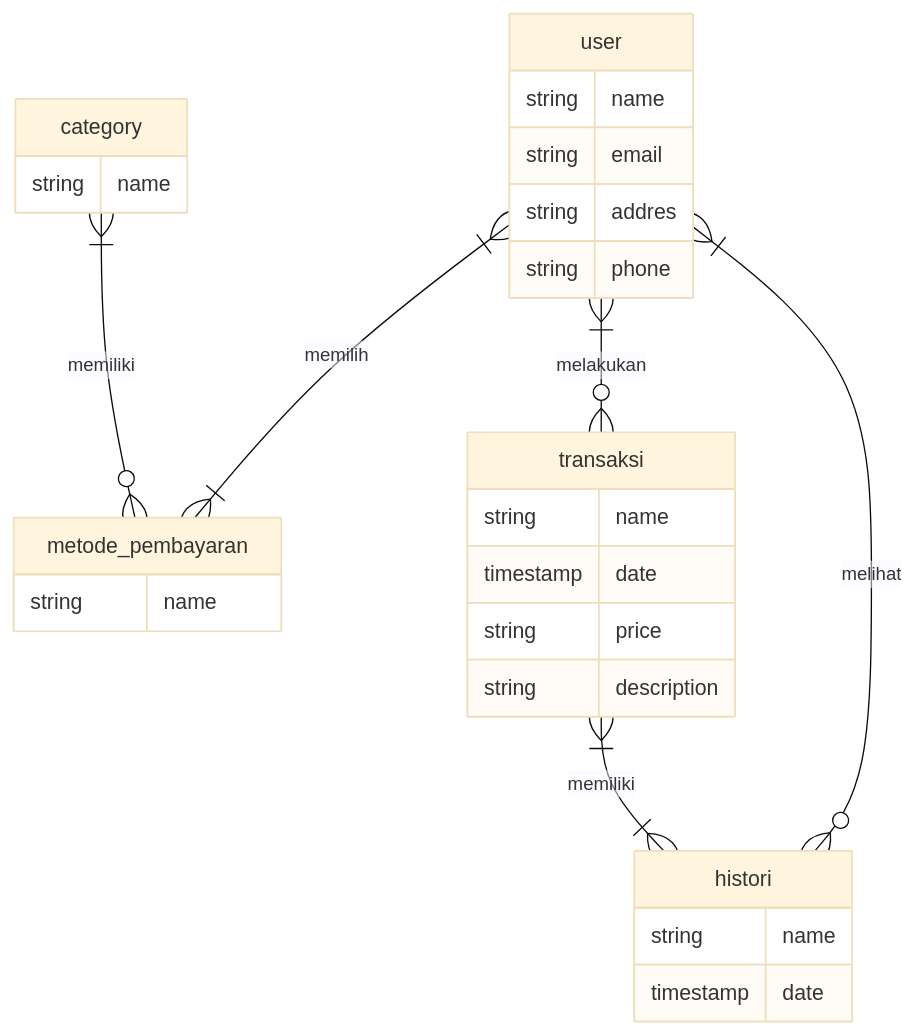
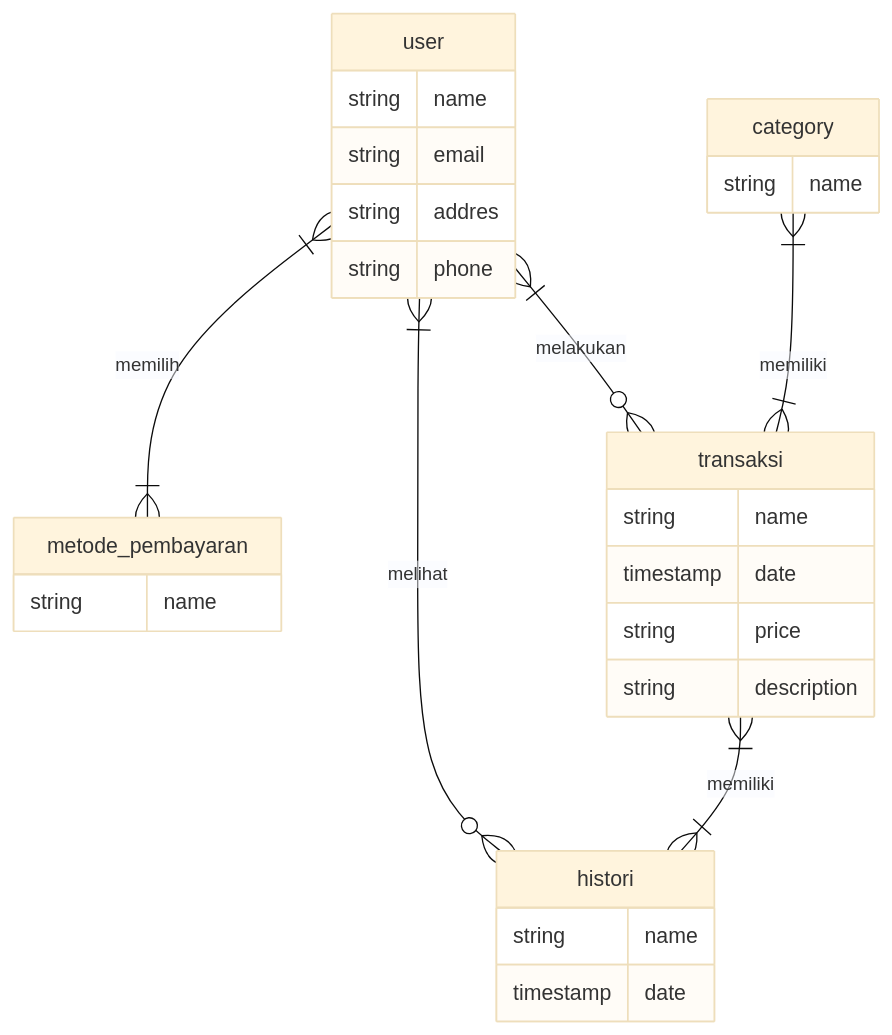
One commit to federus1105/koda-b4-db2 changed the diagram in README.md. Above: the diagram before and after it, drawn with Mermaid (base theme).

Commit message:
Fix ( erd ) : relassi category

````diff
--- a/README.md
+++ b/README.md
@@ -3,31 +3,31 @@
 ```mermaid
 erDiagram
 user {
     string name
     string email
     string addres
     string phone
 }
 metode_pembayaran {
     string name
 }
 transaksi {
     string name
     timestamp date
     string price
     string description
 }
 histori {
     string name
     timestamp date
 }
 category {
     string name
 }
 
 user }|--o{ transaksi : melakukan
 user }|--|{ metode_pembayaran : memilih
 user }|--o{histori: melihat
-category }|--o{ metode_pembayaran : memiliki
+category }|--|{ transaksi : memiliki
 transaksi }|--|{ histori : memiliki
 ```
````
